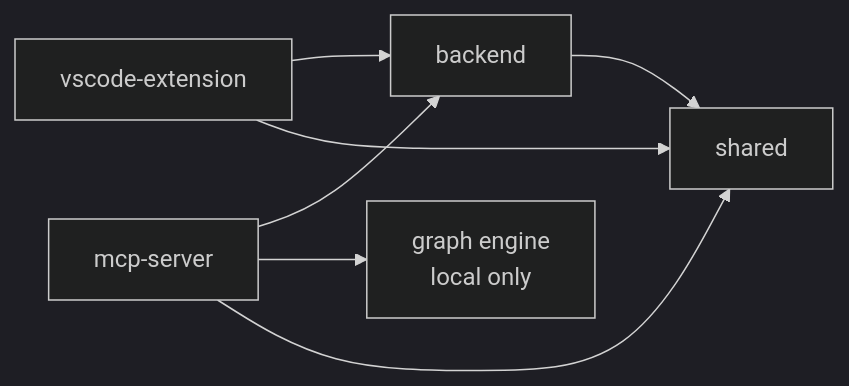
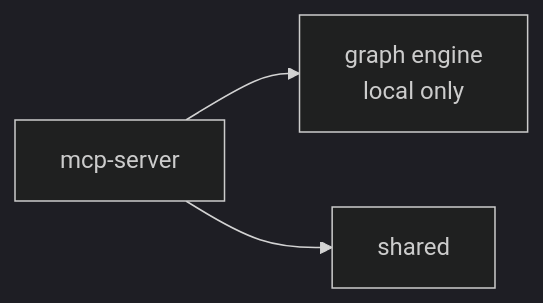
The first of 3 diagrams in CODE_ARC.md (Sam123336/Contextifly), drawn with Mermaid (dark theme) before and after one commit. The commit also changed other lines of this file and 4 other files, not shown here.

````diff
--- a/CODE_ARC.md
+++ b/CODE_ARC.md
@@ -51,9 +45,5 @@
 ```mermaid
 flowchart LR
-  VS[vscode-extension] --> BE[backend]
-  MCP[mcp-server] --> BE
-  MCP --> G[graph engine<br/>local only]
-  VS --> SH[shared]
-  MCP --> SH
-  BE --> SH
+  MCP[mcp-server] --> G[graph engine<br/>local only]
+  MCP --> SH[shared]
 ```
````
